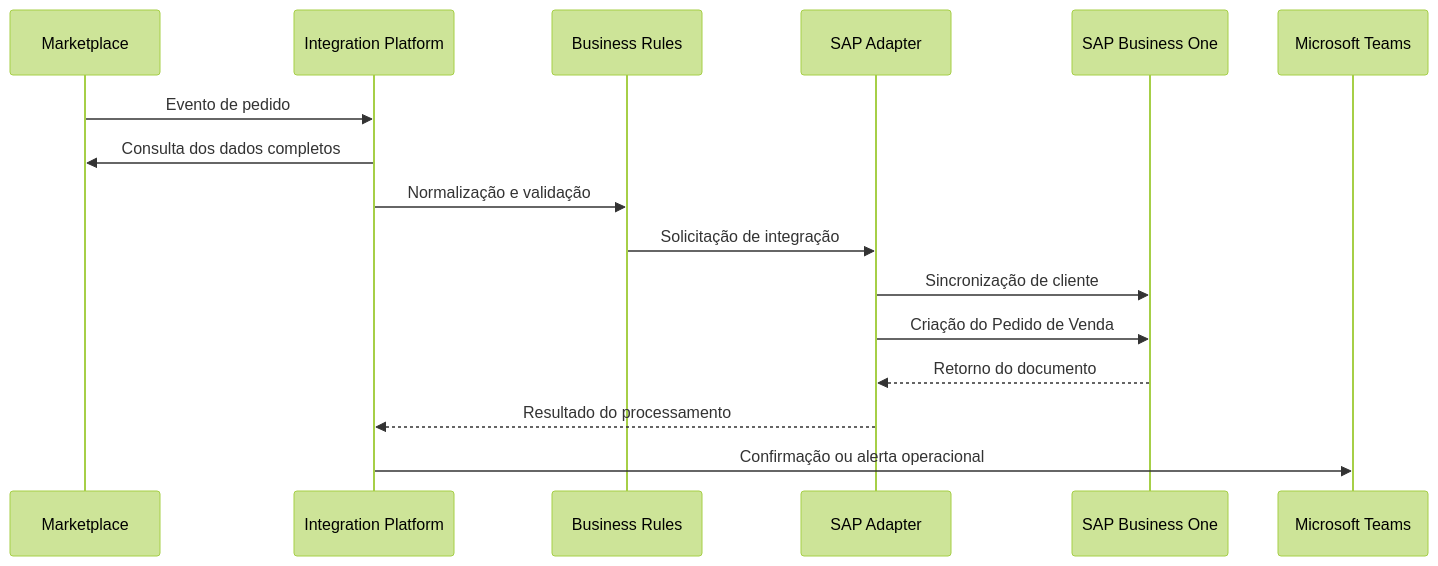
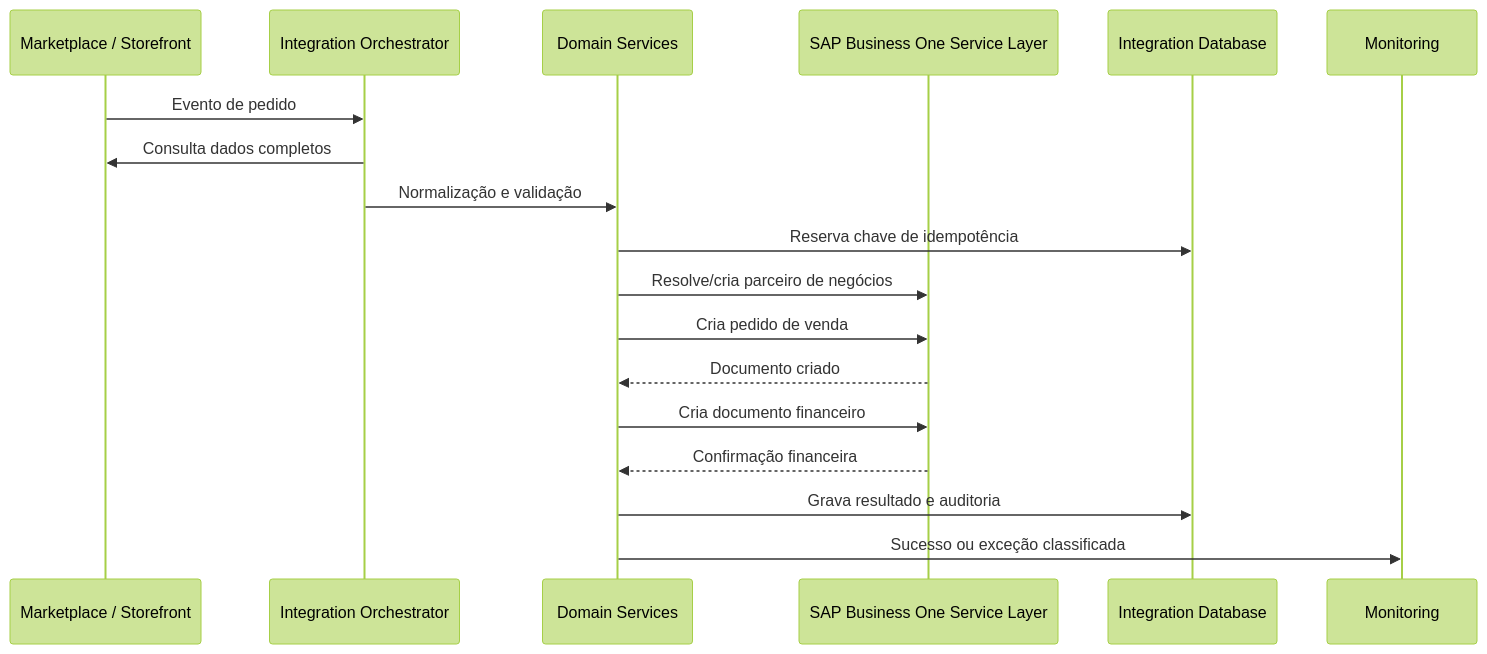
One commit to rmota13/sap-business-one-integration-platform changed the second of 3 diagrams in README.md. Above: the diagram before and after it, drawn with Mermaid (forest theme). The commit also changed other lines of this file, not shown here.

Commit message:
docs: reposition repository as end-to-end commerce integration platform

````diff
--- a/README.md
+++ b/README.md
@@ -75,19 +111,21 @@
 ```mermaid
 sequenceDiagram
-    participant Marketplace
-    participant Integration as Integration Platform
-    participant Rules as Business Rules
-    participant Adapter as SAP Adapter
-    participant SAP as SAP Business One
-    participant Teams as Microsoft Teams
+    participant Channel as Marketplace / Storefront
+    participant Orchestrator as Integration Orchestrator
+    participant Domain as Domain Services
+    participant SAP as SAP Business One Service Layer
+    participant DB as Integration Database
+    participant Monitor as Monitoring
 
-    Marketplace->>Integration: Evento de pedido
-    Integration->>Marketplace: Consulta dos dados completos
-    Integration->>Rules: Normalização e validação
-    Rules->>Adapter: Solicitação de integração
-    Adapter->>SAP: Sincronização de cliente
-    Adapter->>SAP: Criação do Pedido de Venda
-    SAP-->>Adapter: Retorno do documento
-    Adapter-->>Integration: Resultado do processamento
-    Integration->>Teams: Confirmação ou alerta operacional
+    Channel->>Orchestrator: Evento de pedido
+    Orchestrator->>Channel: Consulta dados completos
+    Orchestrator->>Domain: Normalização e validação
+    Domain->>DB: Reserva chave de idempotência
+    Domain->>SAP: Resolve/cria parceiro de negócios
+    Domain->>SAP: Cria pedido de venda
+    SAP-->>Domain: Documento criado
+    Domain->>SAP: Cria documento financeiro
+    SAP-->>Domain: Confirmação financeira
+    Domain->>DB: Grava resultado e auditoria
+    Domain->>Monitor: Sucesso ou exceção classificada
 ```
````
